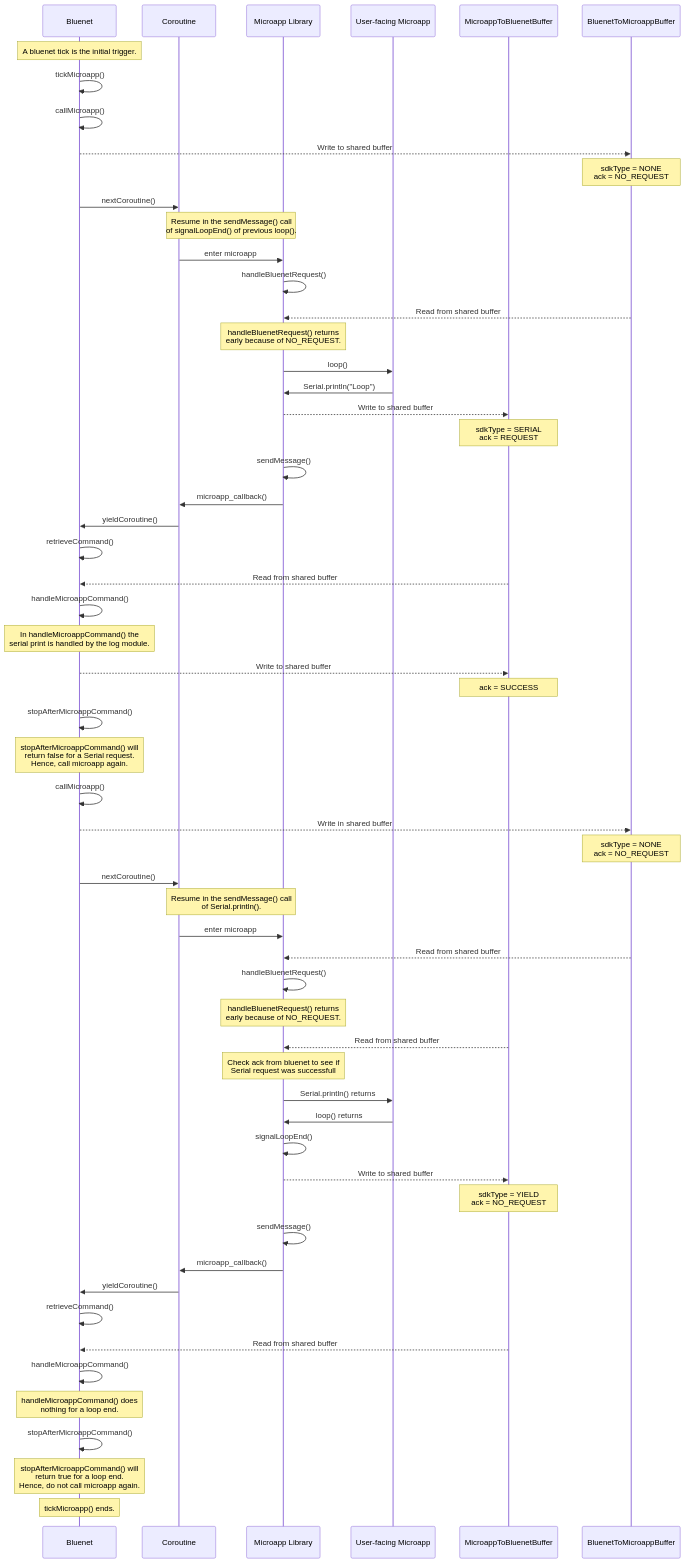
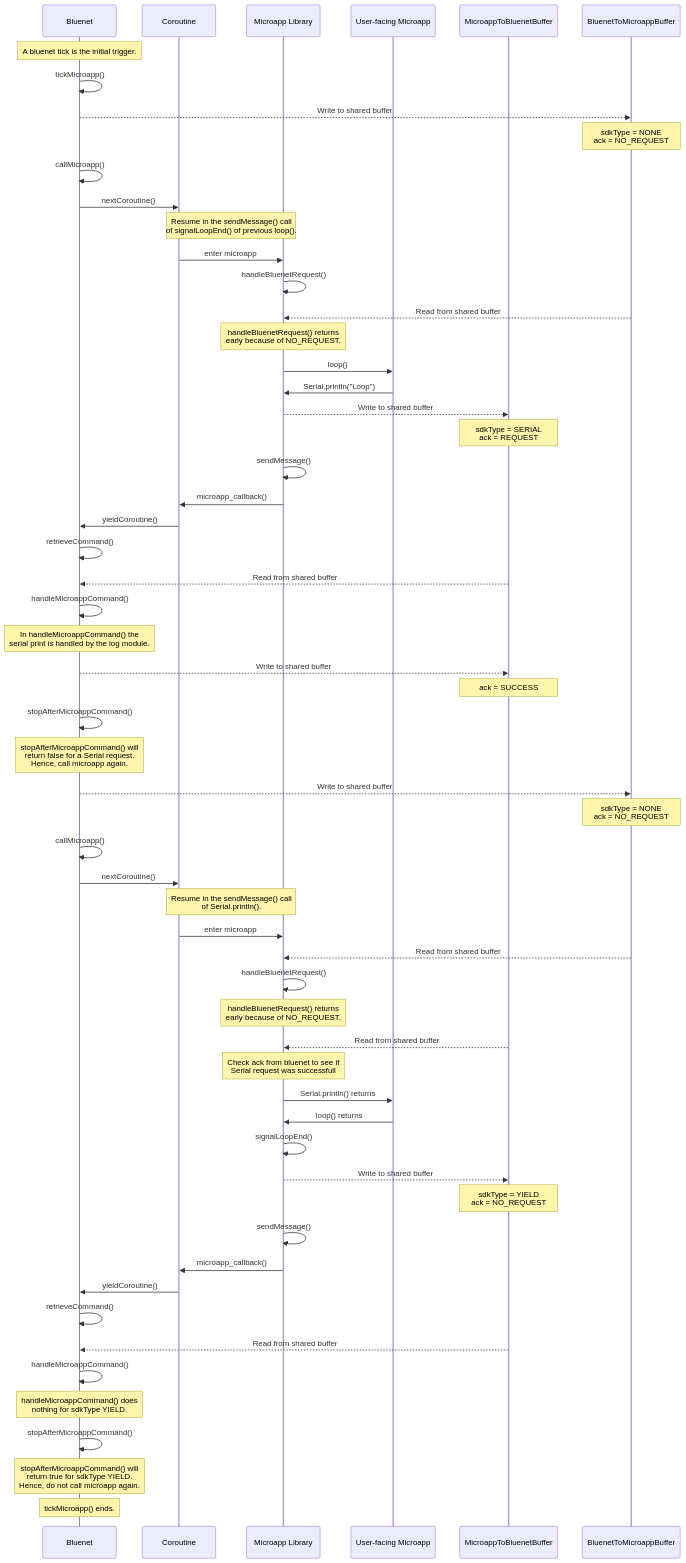
The first of 2 diagrams in docs/CONTROL_FLOW.md (crownstone/crownstone-microapp), drawn with Mermaid before and after one commit. The commit also changed other lines of this file, not shown here.

Commit message:
add interrupt diagram

````diff
--- a/docs/CONTROL_FLOW.md
+++ b/docs/CONTROL_FLOW.md
@@ -23,62 +23,62 @@
 ```mermaid
 sequenceDiagram
     participant b as Bluenet
     participant c as Coroutine
     participant m as Microapp Library
     participant um as User-facing Microapp
     participant m2b as MicroappToBluenetBuffer
     participant b2m as BluenetToMicroappBuffer
 
     Note over b : A bluenet tick is the initial trigger.
     b ->> b : tickMicroapp()
-    b ->> b : callMicroapp()
     b -->> b2m : Write to shared buffer
     Note over b2m : sdkType = NONE <br> ack = NO_REQUEST
+    b ->> b : callMicroapp()
     b ->> c : nextCoroutine()
     Note over c,m : Resume in the sendMessage() call <br> of signalLoopEnd() of previous loop().
     c ->> m : enter microapp
     m ->> m : handleBluenetRequest()
     b2m -->> m : Read from shared buffer
     Note over m : handleBluenetRequest() returns <br> early because of NO_REQUEST.
     m ->> um : loop()
     um ->> m : Serial.println("Loop")
     m -->> m2b : Write to shared buffer
     Note over m2b: sdkType = SERIAL <br> ack = REQUEST
     m ->> m : sendMessage()
     m ->> c : microapp_callback()
     c ->> b : yieldCoroutine()
     b ->> b : retrieveCommand()
     m2b -->> b : Read from shared buffer
     b ->> b : handleMicroappCommand()
     Note over b : In handleMicroappCommand() the <br> serial print is handled by the log module.
     b -->> m2b : Write to shared buffer
     Note over m2b : ack = SUCCESS
     b ->> b : stopAfterMicroappCommand()
     Note over b : stopAfterMicroappCommand() will <br> return false for a Serial request. <br> Hence, call microapp again.
+    b -->> b2m : Write to shared buffer
+    Note over b2m : sdkType = NONE <br> ack = NO_REQUEST
     b ->> b : callMicroapp()
-    b -->> b2m : Write in shared buffer
-    Note over b2m : sdkType = NONE <br> ack = NO_REQUEST
     b ->> c : nextCoroutine()
     Note over c,m : Resume in the sendMessage() call <br> of Serial.println().
     c ->> m : enter microapp
     b2m -->> m : Read from shared buffer
     m ->> m : handleBluenetRequest()
     Note over m : handleBluenetRequest() returns <br> early because of NO_REQUEST.
     m2b -->> m : Read from shared buffer
     Note over m : Check ack from bluenet to see if <br> Serial request was successfull
     m ->> um : Serial.println() returns
     um ->> m : loop() returns
     m ->> m : signalLoopEnd()
     m -->> m2b : Write to shared buffer
     Note over m2b : sdkType = YIELD <br> ack = NO_REQUEST
     m ->> m : sendMessage()
     m ->> c : microapp_callback()
     c ->> b : yieldCoroutine()
     b ->> b : retrieveCommand()
     m2b -->> b : Read from shared buffer
     b ->> b : handleMicroappCommand()
-    Note over b : handleMicroappCommand() does <br> nothing for a loop end.
+    Note over b : handleMicroappCommand() does <br> nothing for sdkType YIELD.
     b ->> b : stopAfterMicroappCommand()
-    Note over b : stopAfterMicroappCommand() will <br> return true for a loop end. <br> Hence, do not call microapp again.
+    Note over b : stopAfterMicroappCommand() will <br> return true for sdkType YIELD. <br> Hence, do not call microapp again.
     Note over b : tickMicroapp() ends.
 ```
````
